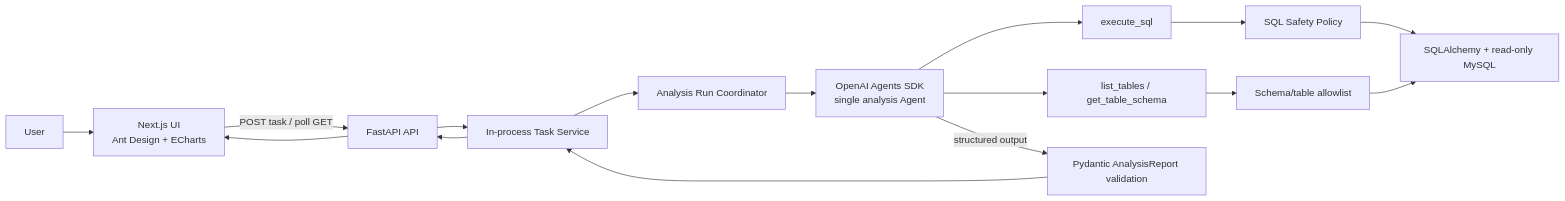
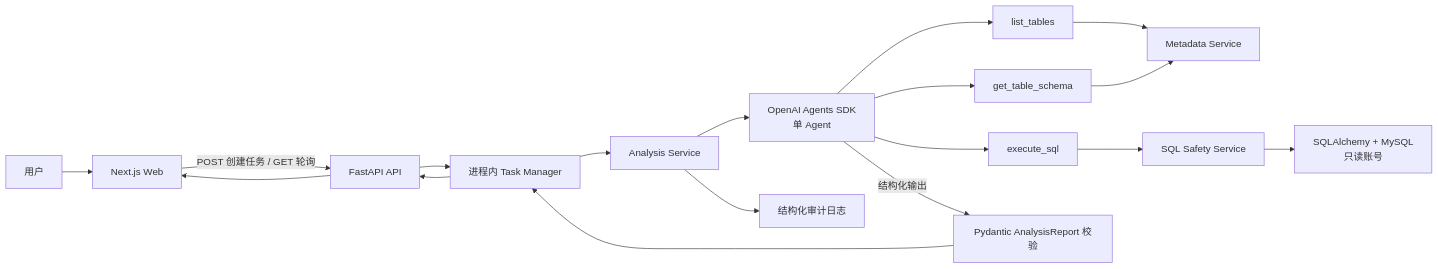
One commit to fanyafan93/agentic-genbi changed the first of 3 diagrams in docs/architecture/overview.md. Above: the diagram before and after it, drawn with Mermaid. The commit also changed other lines of this file and 9 other files, not shown here.

Commit message:
docs: define agentic analytics MVP architecture

````diff
--- a/docs/architecture/overview.md
+++ b/docs/architecture/overview.md
@@ -14,18 +15,20 @@
 ```mermaid
 flowchart LR
-    U["User"] --> FE["Next.js UI<br/>Ant Design + ECharts"]
-    FE -->|"POST task / poll GET"| API["FastAPI API"]
-    API --> TS["In-process Task Service"]
-    TS --> RUN["Analysis Run Coordinator"]
-    RUN --> SDK["OpenAI Agents SDK<br/>single analysis Agent"]
-    SDK --> META["list_tables / get_table_schema"]
-    SDK --> EXEC["execute_sql"]
-    META --> ALLOW["Schema/table allowlist"]
-    EXEC --> SAFE["SQL Safety Policy"]
-    SAFE --> DB["SQLAlchemy + read-only MySQL"]
-    ALLOW --> DB
-    SDK -->|"structured output"| VALID["Pydantic AnalysisReport validation"]
-    VALID --> TS
-    TS --> API
+    U["用户"] --> FE["Next.js Web"]
+    FE -->|"POST 创建任务 / GET 轮询"| API["FastAPI API"]
+    API --> TM["进程内 Task Manager"]
+    TM --> ORCH["Analysis Service"]
+    ORCH --> SDK["OpenAI Agents SDK\n单 Agent"]
+    SDK --> LT["list_tables"]
+    SDK --> GS["get_table_schema"]
+    SDK --> ES["execute_sql"]
+    LT --> META["Metadata Service"]
+    GS --> META
+    ES --> SAFE["SQL Safety Service"]
+    SAFE --> DB["SQLAlchemy + MySQL\n只读账号"]
+    SDK -->|"结构化输出"| VALID["Pydantic AnalysisReport 校验"]
+    ORCH --> AUDIT["结构化审计日志"]
+    VALID --> TM
+    TM --> API
     API --> FE
 ```
````
